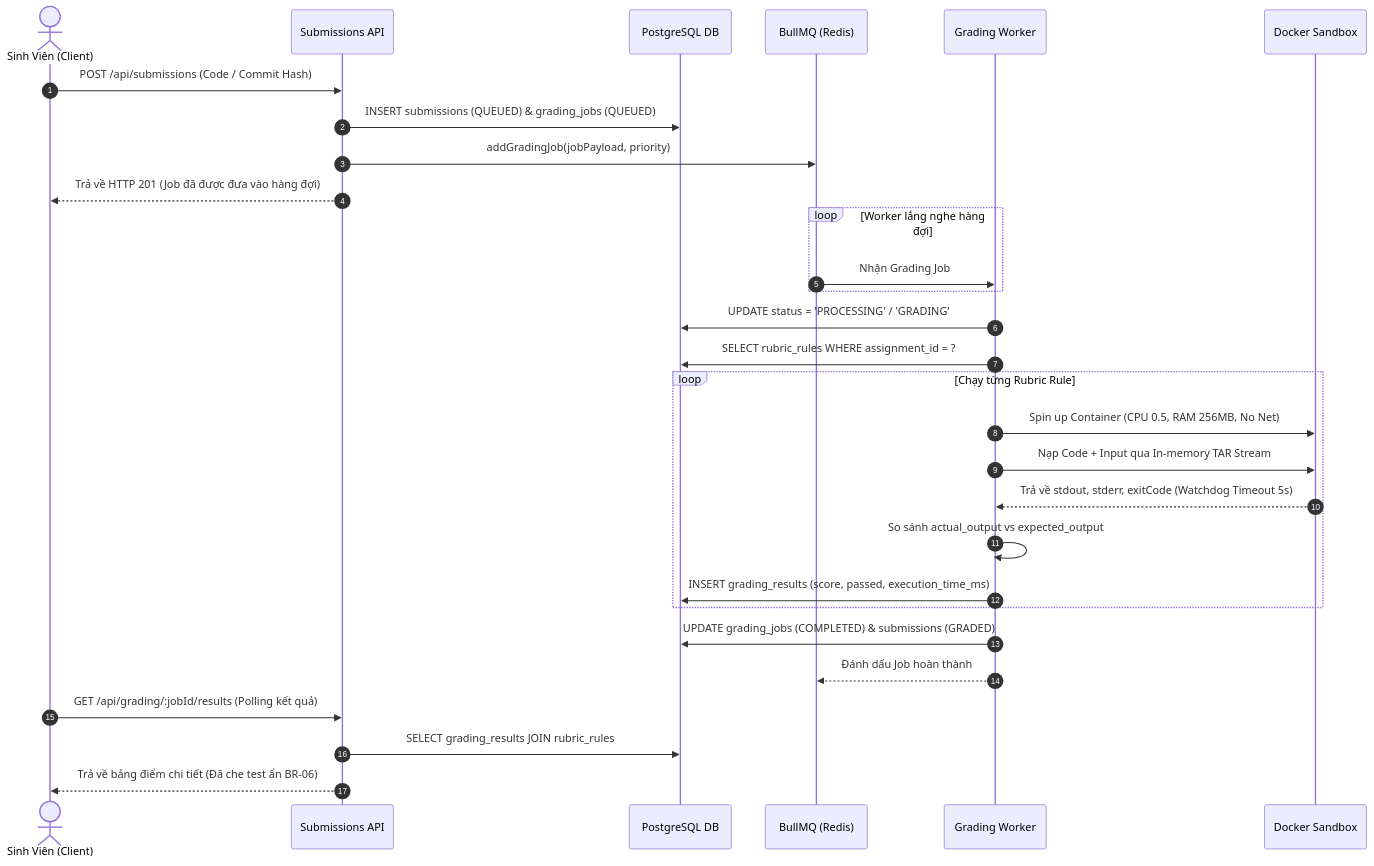
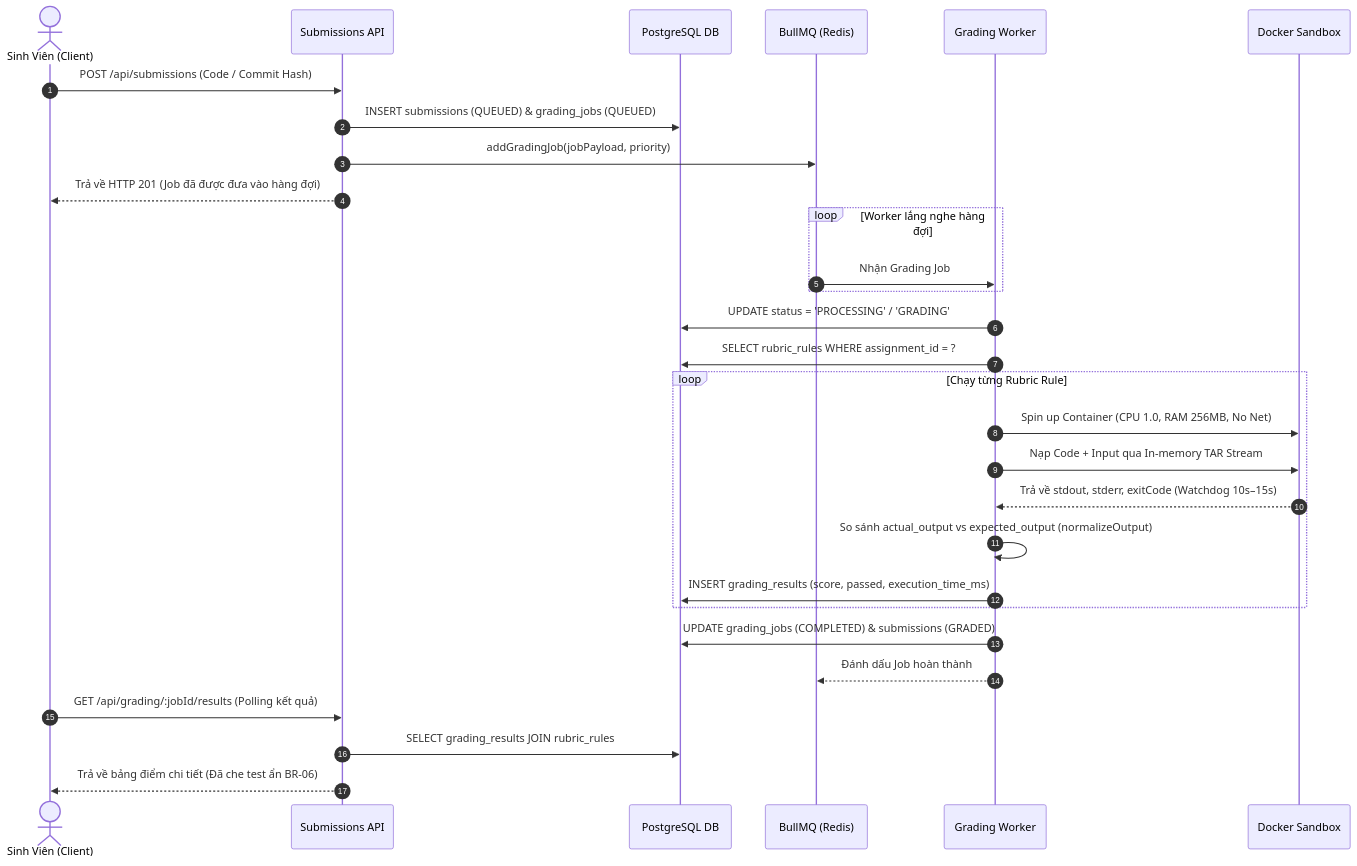
Before and after one commit to min098-ui/SWD392_AITA-Intelligent: the diagram in docs/thanhvien2.md, drawn with Mermaid. The commit also changed other lines of this file, not shown here.

Commit message:
docs(thanhvien2): update sandbox 3-language runtime, BR-09 dual-lecturer, and project Q&A

````diff
--- a/docs/thanhvien2.md
+++ b/docs/thanhvien2.md
@@ -83,37 +87,37 @@
 ```mermaid
 sequenceDiagram
     autonumber
     actor SinhVien as Sinh Viên (Client)
     participant API as Submissions API
     participant DB as PostgreSQL DB
     participant Queue as BullMQ (Redis)
     participant Worker as Grading Worker
     participant Sandbox as Docker Sandbox
 
     SinhVien->>API: POST /api/submissions (Code / Commit Hash)
     API->>DB: INSERT submissions (QUEUED) & grading_jobs (QUEUED)
     API->>Queue: addGradingJob(jobPayload, priority)
     API-->>SinhVien: Trả về HTTP 201 (Job đã được đưa vào hàng đợi)
 
     loop Worker lắng nghe hàng đợi
         Queue->>Worker: Nhận Grading Job
     end
 
     Worker->>DB: UPDATE status = 'PROCESSING' / 'GRADING'
     Worker->>DB: SELECT rubric_rules WHERE assignment_id = ?
 
     loop Chạy từng Rubric Rule
-        Worker->>Sandbox: Spin up Container (CPU 0.5, RAM 256MB, No Net)
+        Worker->>Sandbox: Spin up Container (CPU 1.0, RAM 256MB, No Net)
         Worker->>Sandbox: Nạp Code + Input qua In-memory TAR Stream
-        Sandbox-->>Worker: Trả về stdout, stderr, exitCode (Watchdog Timeout 5s)
-        Worker->>Worker: So sánh actual_output vs expected_output
+        Sandbox-->>Worker: Trả về stdout, stderr, exitCode (Watchdog 10s–15s)
+        Worker->>Worker: So sánh actual_output vs expected_output (normalizeOutput)
         Worker->>DB: INSERT grading_results (score, passed, execution_time_ms)
     end
 
     Worker->>DB: UPDATE grading_jobs (COMPLETED) & submissions (GRADED)
     Worker-->>Queue: Đánh dấu Job hoàn thành
 
     SinhVien->>API: GET /api/grading/:jobId/results (Polling kết quả)
     API->>DB: SELECT grading_results JOIN rubric_rules
     API-->>SinhVien: Trả về bảng điểm chi tiết (Đã che test ẩn BR-06)
 ```
````
